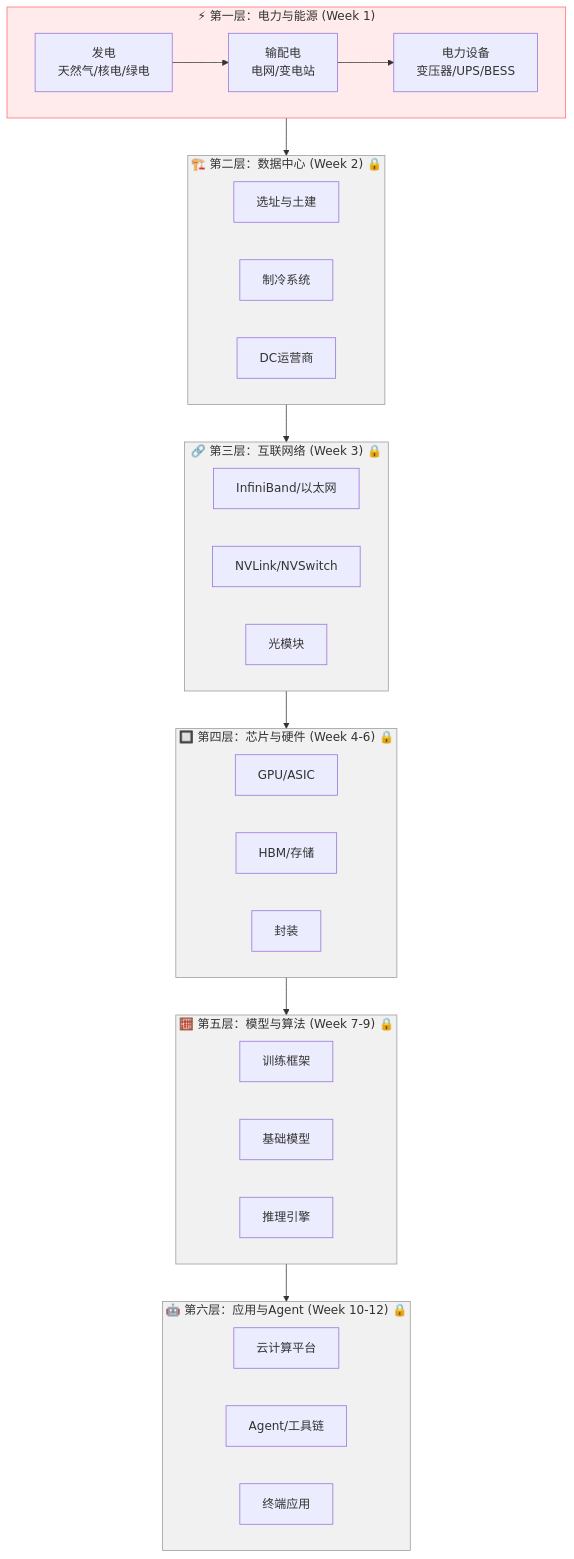
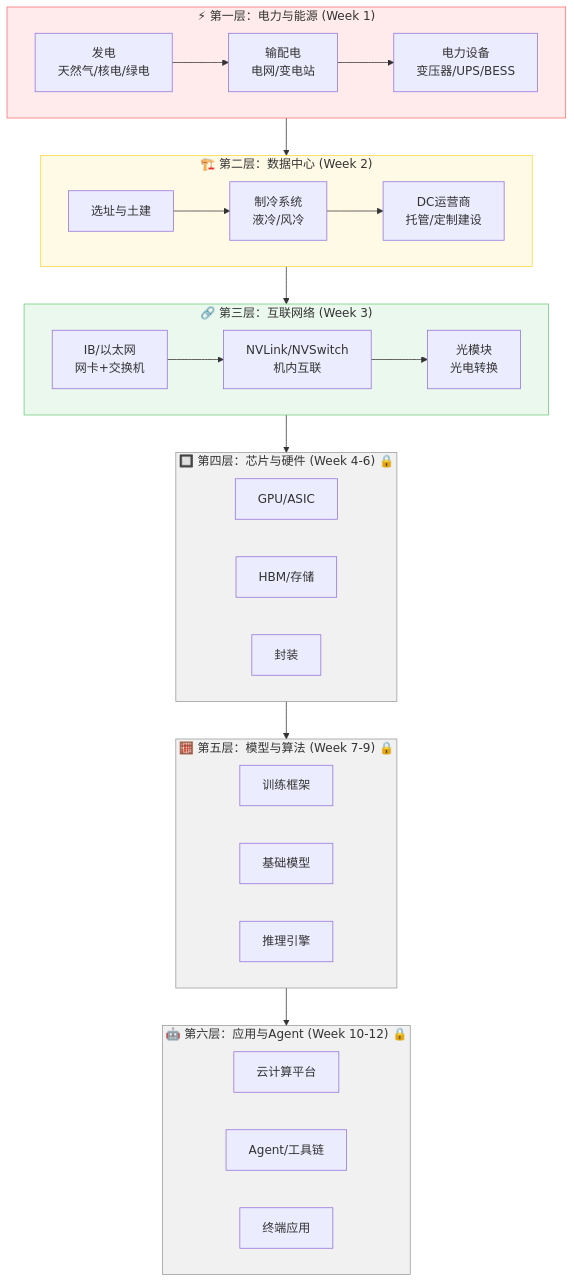
One commit to linyuhancelia/ai-industry-research changed the diagram in docs/investment-map.md. Above: the diagram before and after it, drawn with Mermaid. The commit also changed other lines of this file, not shown here.

Commit message:
update docs/investment-map.md - Week 3 interaction complete

````diff
--- a/docs/investment-map.md
+++ b/docs/investment-map.md
@@ -9,54 +9,56 @@
 ```mermaid
 graph TB
     subgraph L1["⚡ 第一层：电力与能源 (Week 1)"]
         direction LR
         A1["发电<br/>天然气/核电/绿电"]
         A2["输配电<br/>电网/变电站"]
         A3["电力设备<br/>变压器/UPS/BESS"]
         A1 --> A2 --> A3
     end
 
-    subgraph L2["🏗️ 第二层：数据中心 (Week 2) 🔒"]
+    subgraph L2["🏗️ 第二层：数据中心 (Week 2)"]
         direction LR
         B1["选址与土建"]
-        B2["制冷系统"]
-        B3["DC运营商"]
+        B2["制冷系统<br/>液冷/风冷"]
+        B3["DC运营商<br/>托管/定制建设"]
+        B1 --> B2 --> B3
     end
 
-    subgraph L3["🔗 第三层：互联网络 (Week 3) 🔒"]
+    subgraph L3["🔗 第三层：互联网络 (Week 3)"]
         direction LR
-        C1["InfiniBand/以太网"]
-        C2["NVLink/NVSwitch"]
-        C3["光模块"]
+        C1["IB/以太网<br/>网卡+交换机"]
+        C2["NVLink/NVSwitch<br/>机内互联"]
+        C3["光模块<br/>光电转换"]
+        C1 --> C2 --> C3
     end
 
     subgraph L4["🔲 第四层：芯片与硬件 (Week 4-6) 🔒"]
         direction LR
         D1["GPU/ASIC"]
         D2["HBM/存储"]
         D3["封装"]
     end
 
     subgraph L5["🧮 第五层：模型与算法 (Week 7-9) 🔒"]
         direction LR
         E1["训练框架"]
         E2["基础模型"]
         E3["推理引擎"]
     end
 
     subgraph L6["🤖 第六层：应用与Agent (Week 10-12) 🔒"]
         direction LR
         F1["云计算平台"]
         F2["Agent/工具链"]
         F3["终端应用"]
     end
 
     L1 --> L2 --> L3 --> L4 --> L5 --> L6
 
     style L1 fill:#ff6b6b22,stroke:#ff6b6b
-    style L2 fill:#33333311,stroke:#999
-    style L3 fill:#33333311,stroke:#999
+    style L2 fill:#ffd93d22,stroke:#ffd93d
+    style L3 fill:#6bcb7722,stroke:#6bcb77
     style L4 fill:#33333311,stroke:#999
     style L5 fill:#33333311,stroke:#999
     style L6 fill:#33333311,stroke:#999
 ```
````
